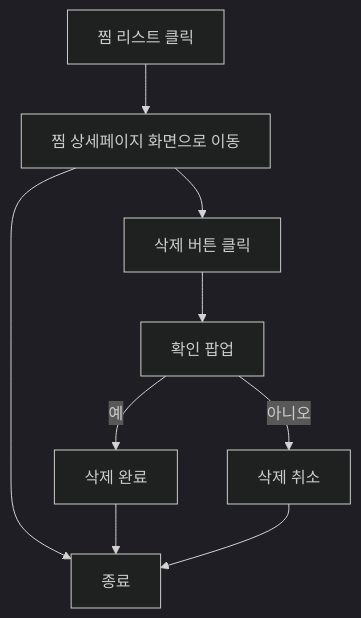
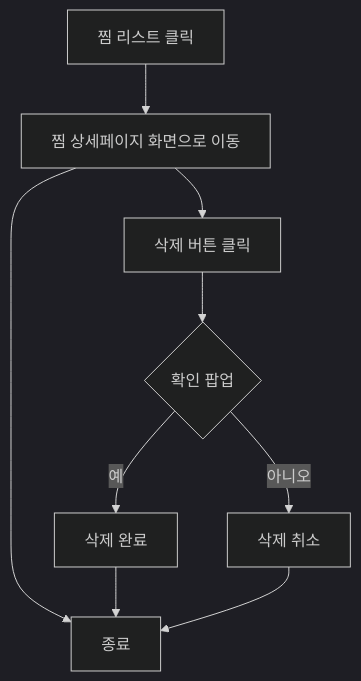
Before and after one commit to Dev-FE-3/team1-woowa-iz-JjinMat: the tenth of 25 diagrams in design/기능정의서.md, drawn with Mermaid (dark theme). The commit also changed other lines of this file, not shown here.

````diff
--- a/design/기능정의서.md
+++ b/design/기능정의서.md
@@ -349,6 +299,6 @@
 ```mermaid
 flowchart TD
     A[찜 리스트 클릭] --> B[찜 상세페이지 화면으로 이동] --> 종료
-    B[찜 상세페이지 화면으로 이동] --> C[삭제 버튼 클릭] --> D[확인 팝업] -- 예 --> E[삭제 완료] --> 종료
-    D[확인 팝업] -- 아니오 --> F[삭제 취소] --> 종료
+    B[찜 상세페이지 화면으로 이동] --> C[삭제 버튼 클릭] --> D{확인 팝업} -- 예 --> E[삭제 완료] --> 종료
+    D{확인 팝업} -- 아니오 --> F[삭제 취소] --> 종료
 ```
````
